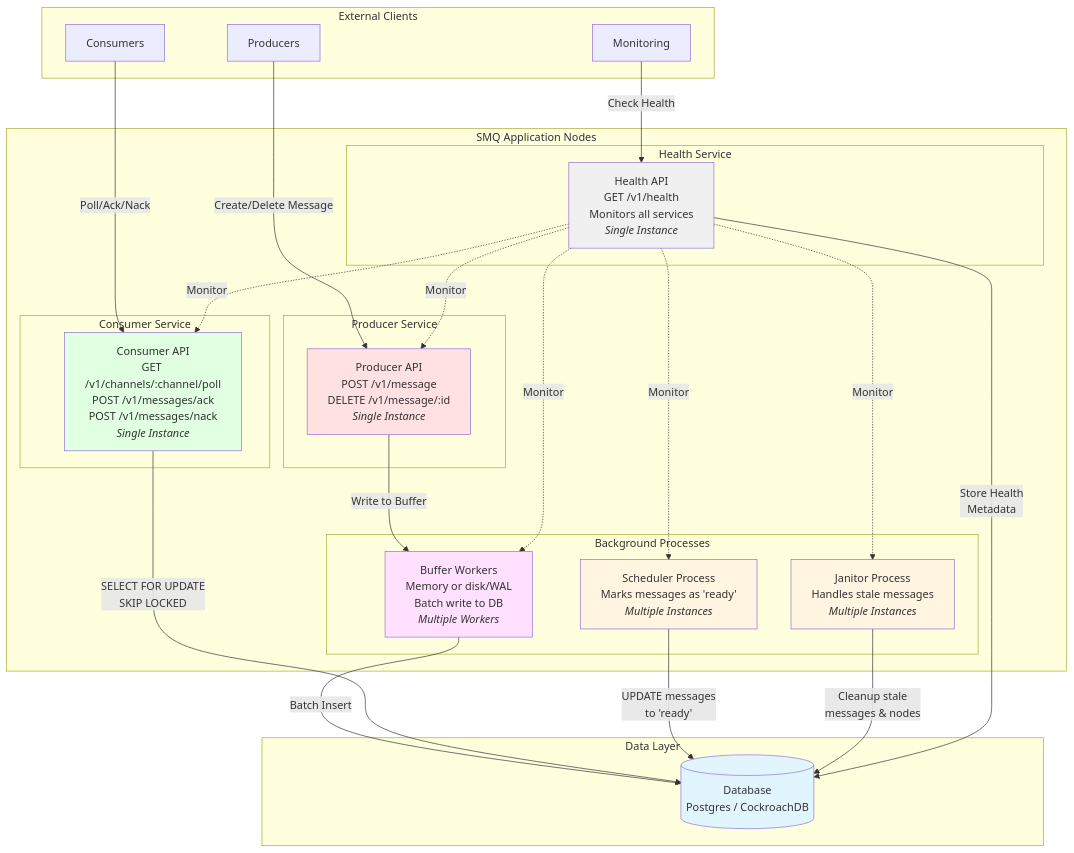
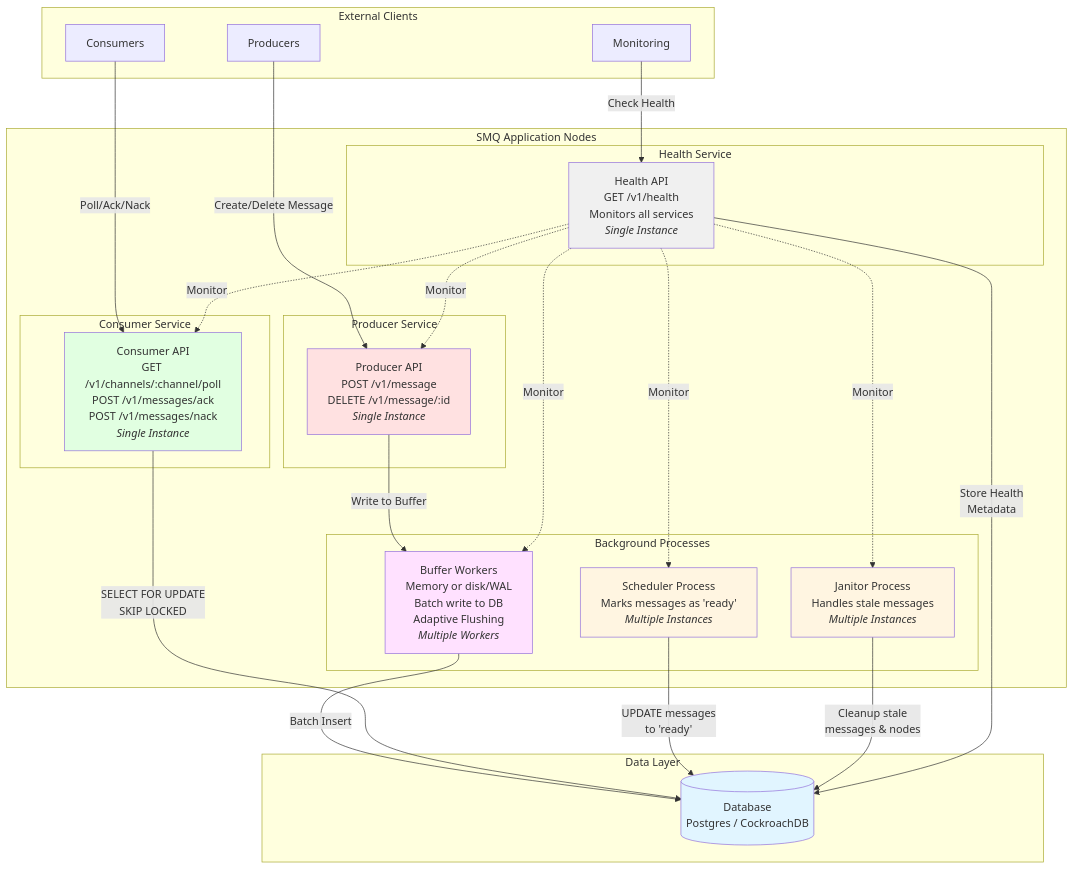
The diagram in README.md (jaysongiroux/SMQ), drawn with Mermaid before and after one commit. The commit also changed other lines of this file and 20 other files, not shown here.

Commit message:
adaptive buffer, database connection pooling, adaptive scheduler routines

````diff
--- a/README.md
+++ b/README.md
@@ -6,64 +7,64 @@
 ```mermaid
 graph TB
     subgraph "External Clients"
         P[Producers]
         C[Consumers]
         M[Monitoring]
     end
 
     subgraph "SMQ Application Nodes"
         subgraph "Producer Service"
             PA[Producer API<br/>POST /v1/message<br/>DELETE /v1/message/:id<br/><i>Single Instance</i>]
         end
-        
+
         subgraph "Consumer Service"
             CA[Consumer API<br/>GET /v1/channels/:channel/poll<br/>POST /v1/messages/ack<br/>POST /v1/messages/nack<br/><i>Single Instance</i>]
         end
-        
+
         subgraph "Background Processes"
             S[Scheduler Process<br/>Marks messages as 'ready'<br/><i>Multiple Instances</i>]
             J[Janitor Process<br/>Handles stale messages<br/><i>Multiple Instances</i>]
-            B[Buffer Workers<br/>Memory or disk/WAL<br/>Batch write to DB<br/><i>Multiple Workers</i>]
+            B[Buffer Workers<br/>Memory or disk/WAL<br/>Batch write to DB<br/>Adaptive Flushing<br/><i>Multiple Workers</i>]
         end
-        
+
         subgraph "Health Service"
             H[Health API<br/>GET /v1/health<br/>Monitors all services<br/><i>Single Instance</i>]
         end
     end
 
     subgraph "Data Layer"
         DB[(Database<br/>Postgres / CockroachDB)]
     end
 
     %% Producer flow
     P -->|Create/Delete Message| PA
     PA -->|Write to Buffer| B
     B -->|Batch Insert| DB
 
     %% Consumer flow
     C -->|Poll/Ack/Nack| CA
     CA -->|SELECT FOR UPDATE<br/>SKIP LOCKED| DB
 
     %% Scheduler flow
     S -->|UPDATE messages<br/>to 'ready'| DB
 
     %% Janitor flow
     J -->|Cleanup stale<br/>messages & nodes| DB
 
     %% Health monitoring flow
     M -->|Check Health| H
     H -.->|Monitor| PA
     H -.->|Monitor| CA
     H -.->|Monitor| S
     H -.->|Monitor| J
     H -.->|Monitor| B
     H -->|Store Health<br/>Metadata| DB
 
     style DB fill:#e1f5ff
     style PA fill:#ffe1e1
     style CA fill:#e1ffe1
     style S fill:#fff5e1
     style J fill:#fff5e1
     style B fill:#ffe1ff
     style H fill:#f0f0f0
 ```
````
